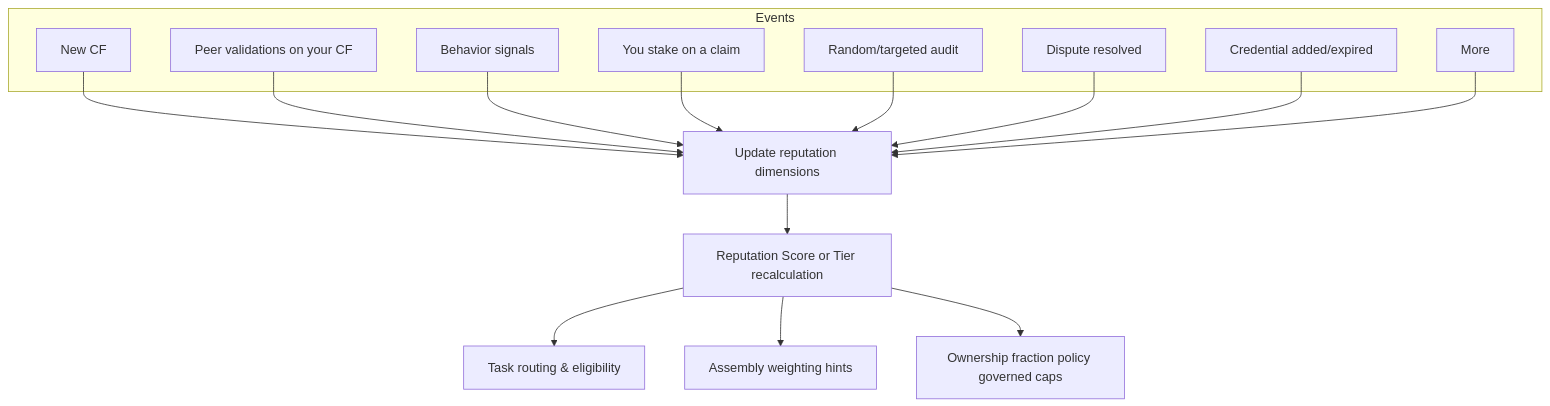
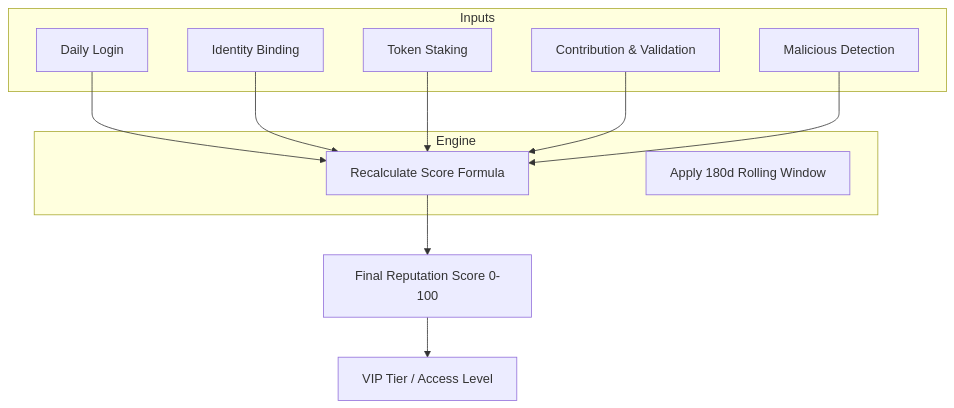
Before and after one commit to codatta/mintlify-docs: the diagram in en/core-systems/reputation.mdx, drawn with Mermaid. The commit also changed other lines of this file, not shown here.

````diff
--- a/en/core-systems/reputation.mdx
+++ b/en/core-systems/reputation.mdx
@@ -44,27 +127,24 @@
 ```mermaid
 flowchart TB
-  subgraph Events
-    CF[New CF]
-    VAL[Peer validations on your CF]
-    BEH[Behavior signals]
-    STAKE[You stake on a claim]
-    AUDIT[Random/targeted audit]
-    DSP[Dispute resolved]
-    CRED[Credential added/expired]
-    MORE[More]
+  subgraph Inputs
+    LOGIN[Daily Login]
+    BIND[Identity Binding]
+    STAKE[Token Staking]
+    WORK[Contribution & Validation]
+    RISK[Malicious Detection]
   end
 
-  CF --> U[Update reputation dimensions]
-  VAL --> U
-  BEH --> U
-  STAKE --> U
-  AUDIT --> U
-  DSP --> U
-  CRED --> U
-  MORE --> U
+  LOGIN --> CALC
+  BIND --> CALC
+  STAKE --> CALC
+  WORK --> CALC
+  RISK --> CALC
 
-  U --> T[Reputation Score or Tier recalculation]
-  T --> ROUTE[Task routing & eligibility]
-  T --> WEIGHT[Assembly weighting hints]
-  T --> OWN[Ownership fraction policy governed caps]
+  subgraph Engine
+    CALC[Recalculate Score Formula]
+    DECAY[Apply 180d Rolling Window]
+  end
+
+  CALC --> SCORE[Final Reputation Score 0-100]
+  SCORE --> TIER[VIP Tier / Access Level]
 ```
````
